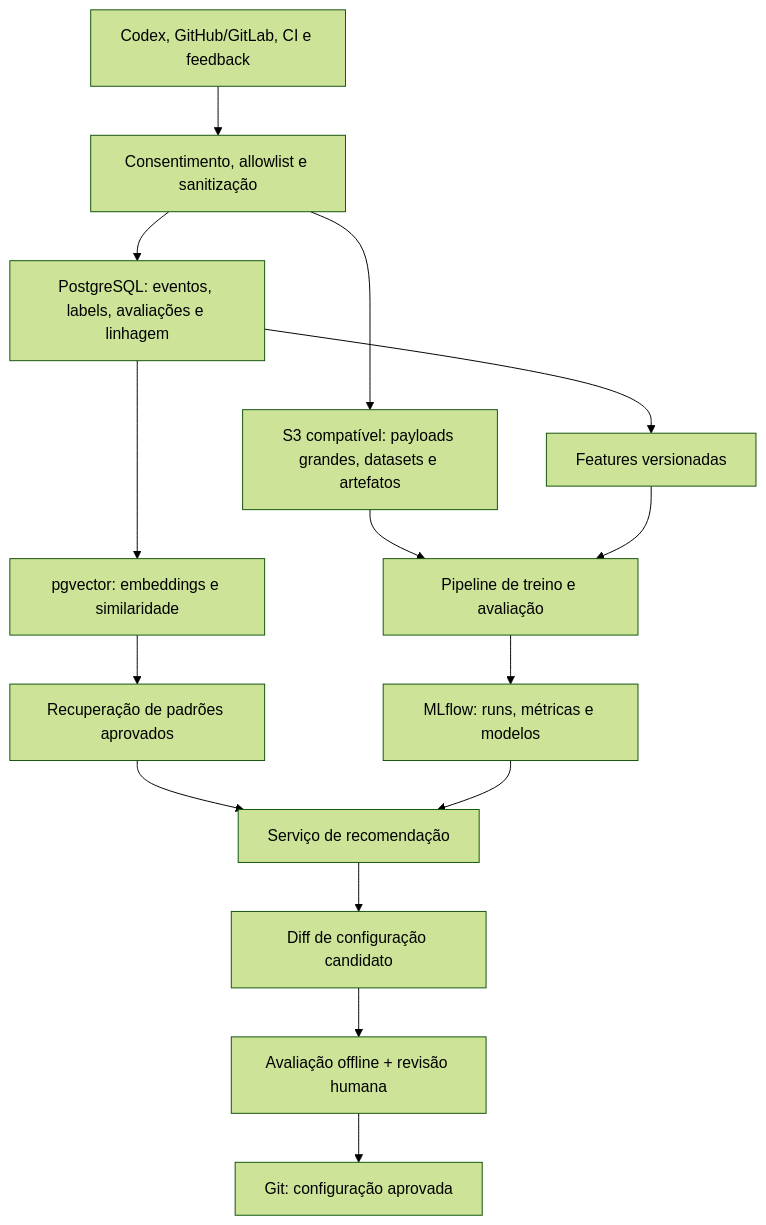
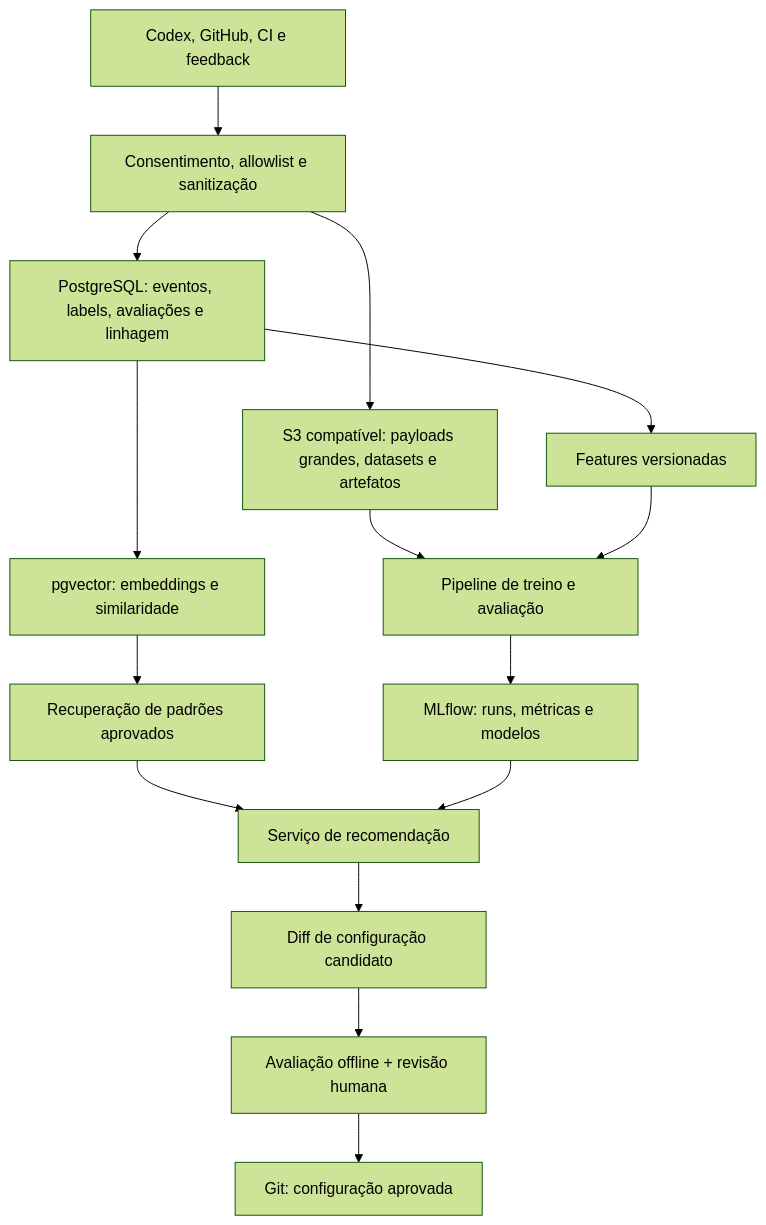
Before and after one commit to HUBTECH-DEV/codex-ai-ml-config: the second of 2 diagrams in docs/ai-ml-project-blueprint.md, drawn with Mermaid (forest theme). The commit also changed other lines of this file and 17 other files, not shown here.

Commit message:
chore: align Codex config with GitHub

````diff
--- a/docs/ai-ml-project-blueprint.md
+++ b/docs/ai-ml-project-blueprint.md
@@ -103,17 +103,17 @@
 ```mermaid
 flowchart TB
-    sources["Codex, GitHub/GitLab, CI e feedback"] --> sanitize["Consentimento, allowlist e sanitização"]
+    sources["Codex, GitHub, CI e feedback"] --> sanitize["Consentimento, allowlist e sanitização"]
     sanitize --> eventdb["PostgreSQL: eventos, labels, avaliações e linhagem"]
     sanitize --> objects["S3 compatível: payloads grandes, datasets e artefatos"]
     eventdb --> features["Features versionadas"]
     eventdb --> vectors["pgvector: embeddings e similaridade"]
     objects --> training["Pipeline de treino e avaliação"]
     features --> training
     vectors --> retrieval["Recuperação de padrões aprovados"]
     training --> mlflow["MLflow: runs, métricas e modelos"]
     retrieval --> recommender["Serviço de recomendação"]
     mlflow --> recommender
     recommender --> candidate["Diff de configuração candidato"]
     candidate --> gate["Avaliação offline + revisão humana"]
     gate --> git["Git: configuração aprovada"]
 ```
````
